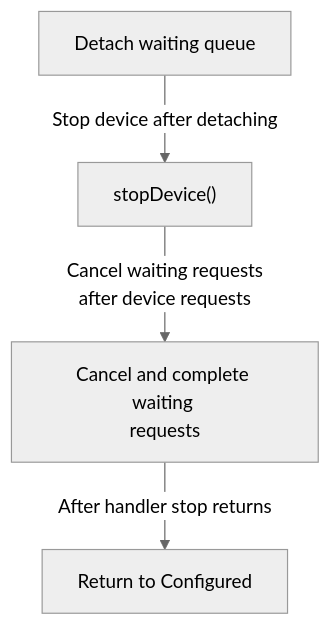
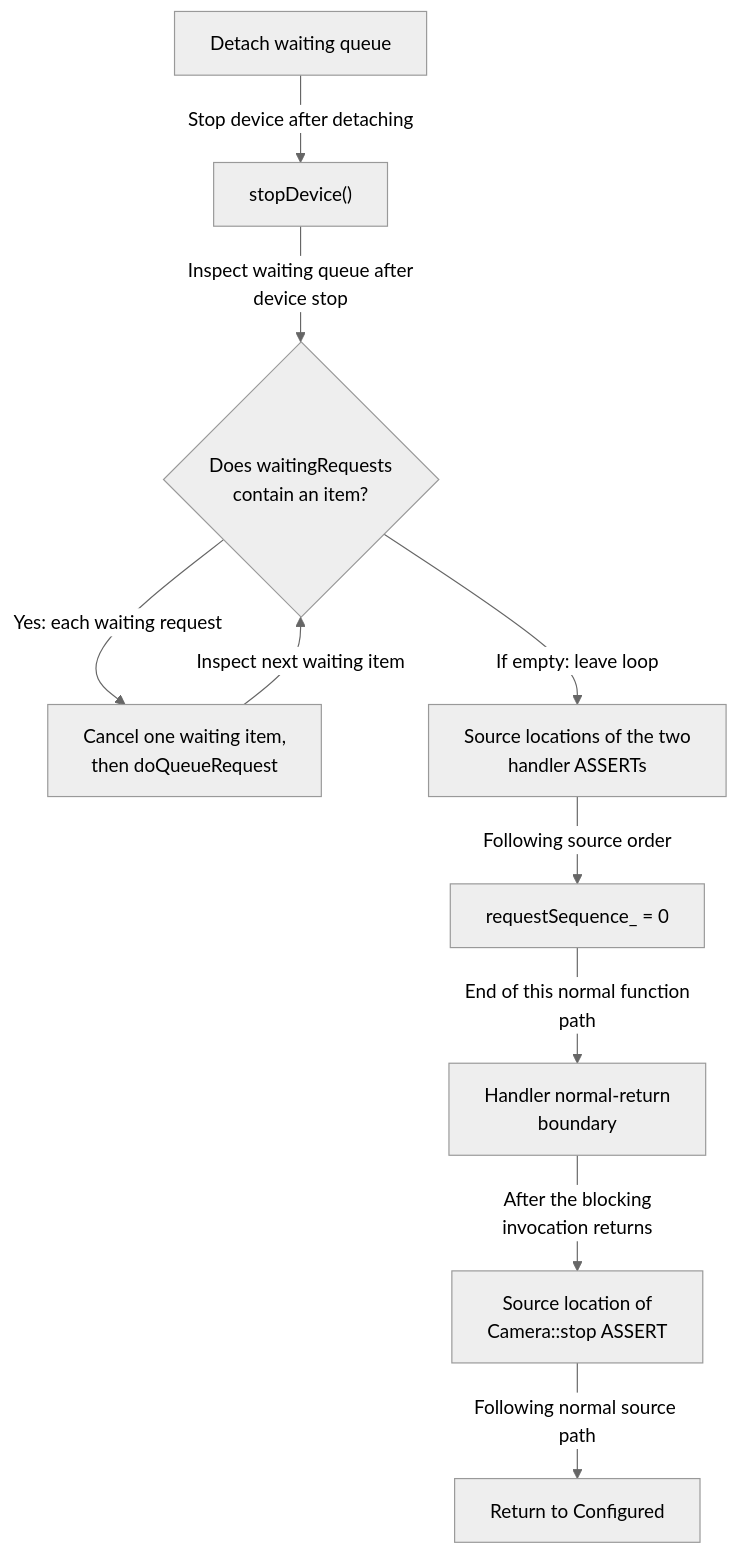
Before and after one commit to TTolsun/libcamera-sdd: the diagram in docs/en/request-lifecycle.stop-order.mmd, drawn with Mermaid (neutral theme). The commit also changed 352 other files, not shown here.

```diff
--- a/docs/en/request-lifecycle.stop-order.mmd
+++ b/docs/en/request-lifecycle.stop-order.mmd
@@ -1,9 +1,20 @@
 flowchart TB
 
   v_detach["Detach waiting queue"]
   v_stop["stopDevice()"]
-  v_cancel["Cancel and complete waiting <br/>requests"]
+  v_cancel["Cancel one waiting item, <br/>then doQueueRequest"]
   v_configured["Return to Configured"]
+  v_waiting{"Does waitingRequests <br/>contain an item?"}
+  v_handlerchecks["Source locations of the two <br/>handler ASSERTs"]
+  v_sequence["requestSequence_ = 0"]
+  v_handlerreturn["Handler normal-return <br/>boundary"]
+  v_cameraassert["Source location of <br/>Camera::stop ASSERT"]
   v_detach -->|"Stop device after detaching"| v_stop
-  v_stop -->|"Cancel waiting requests <br/>after device requests"| v_cancel
-  v_cancel -->|"After handler stop returns"| v_configured
+  v_cancel -->|"Inspect next waiting item"| v_waiting
+  v_stop -->|"Inspect waiting queue after <br/>device stop"| v_waiting
+  v_waiting -->|"Yes: each waiting request"| v_cancel
+  v_waiting -->|"If empty: leave loop"| v_handlerchecks
+  v_handlerchecks -->|"Following source order"| v_sequence
+  v_sequence -->|"End of this normal function <br/>path"| v_handlerreturn
+  v_handlerreturn -->|"After the blocking <br/>invocation returns"| v_cameraassert
+  v_cameraassert -->|"Following normal source path"| v_configured
```
